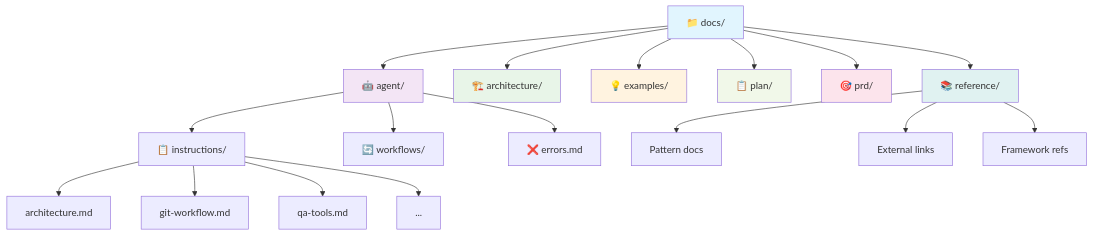
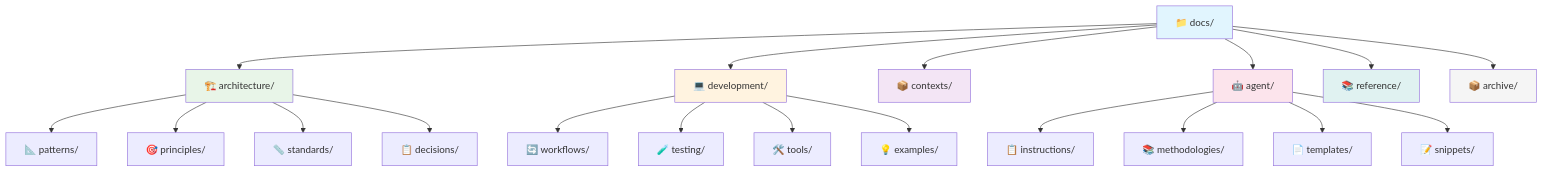
Before and after one commit to pocky/vibe-php: the diagram in docs/README.md, drawn with Mermaid. The commit also changed other lines of this file and 593 other files, not shown here.

First line of the commit message:
refactor: enforce hexagonal architecture in gateway layer

````diff
--- a/docs/README.md
+++ b/docs/README.md
@@ -7,30 +7,32 @@
 ```mermaid
 graph TD
-    docs[📁 docs/] --> agent[🤖 agent/]
-    docs --> architecture[🏗️ architecture/]
-    docs --> examples[💡 examples/]
-    docs --> plan[📋 plan/]
-    docs --> prd[🎯 prd/]
+    docs[📁 docs/] --> architecture[🏗️ architecture/]
+    docs --> development[💻 development/]
+    docs --> contexts[📦 contexts/]
+    docs --> agent[🤖 agent/]
     docs --> reference[📚 reference/]
+    docs --> archive[📦 archive/]
+    
+    architecture --> patterns[📐 patterns/]
+    architecture --> principles[🎯 principles/]
+    architecture --> standards[📏 standards/]
+    architecture --> decisions[📋 decisions/]
+    
+    development --> workflows[🔄 workflows/]
+    development --> testing[🧪 testing/]
+    development --> tools[🛠️ tools/]
+    development --> examples[💡 examples/]
     
     agent --> instructions[📋 instructions/]
-    agent --> workflows[🔄 workflows/]
-    agent --> errors[❌ errors.md]
-    
-    instructions --> arch_inst[architecture.md]
-    instructions --> git_inst[git-workflow.md]
-    instructions --> qa_inst[qa-tools.md]
-    instructions --> more_inst[...]
-    
-    reference --> patterns[Pattern docs]
-    reference --> external[External links]
-    reference --> frameworks[Framework refs]
+    agent --> methodologies[📚 methodologies/]
+    agent --> templates[📄 templates/]
+    agent --> snippets[📝 snippets/]
     
     style docs fill:#e1f5fe
-    style agent fill:#f3e5f5
     style architecture fill:#e8f5e8
-    style examples fill:#fff3e0
-    style plan fill:#f1f8e9
-    style prd fill:#fce4ec
+    style development fill:#fff3e0
+    style contexts fill:#f3e5f5
+    style agent fill:#fce4ec
     style reference fill:#e0f2f1
+    style archive fill:#f5f5f5
 ```
````
